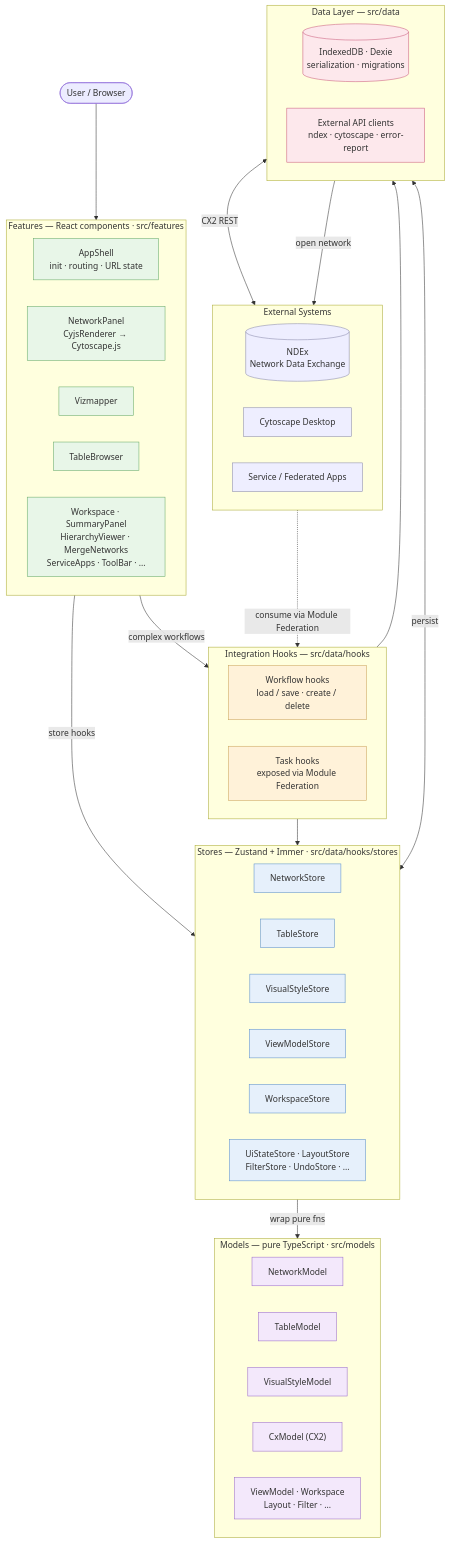
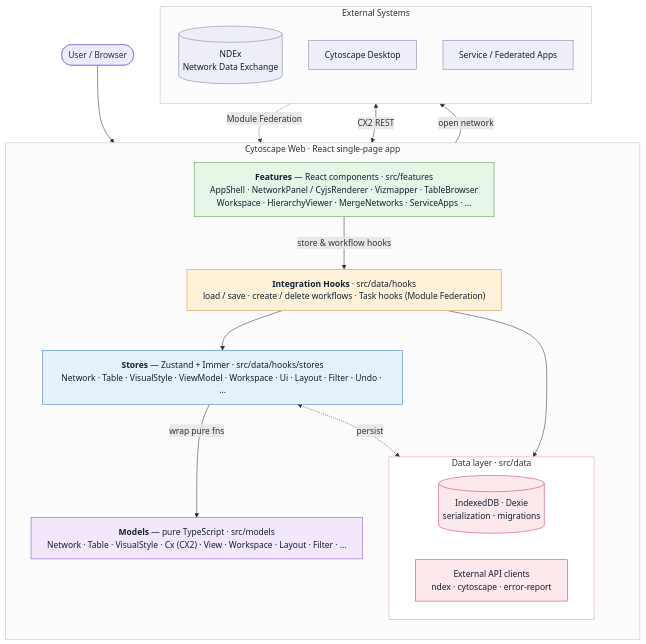
One commit to cytoscape/cytoscape-web changed the diagram in README.md. Above: the diagram before and after it, drawn with Mermaid.

Commit message:
better fig

````diff
--- a/README.md
+++ b/README.md
@@ -50,76 +50,52 @@
 ```mermaid
+%%{init: {"flowchart": {"wrappingWidth": 620, "curve": "basis"}}}%%
 flowchart TB
     User(["User / Browser"])
 
-    subgraph ext["External Systems"]
+    subgraph app["Cytoscape Web · React single-page app"]
+      direction TB
+      Features["<b>Features</b> — React components · src/features<br/>AppShell · NetworkPanel / CyjsRenderer · Vizmapper · TableBrowser<br/>Workspace · HierarchyViewer · MergeNetworks · ServiceApps · …"]
+      Hooks["<b>Integration Hooks</b> · src/data/hooks<br/>load / save · create / delete workflows · Task hooks (Module Federation)"]
+      Stores["<b>Stores</b> — Zustand + Immer · src/data/hooks/stores<br/>Network · Table · VisualStyle · ViewModel · Workspace · Ui · Layout · Filter · Undo · …"]
+      Models["<b>Models</b> — pure TypeScript · src/models<br/>Network · Table · VisualStyle · Cx (CX2) · View · Workspace · Layout · Filter · …"]
+      subgraph datalayer["Data layer · src/data"]
         direction LR
-        NDEx[("NDEx<br/>Network Data Exchange")]
-        CyDesktop["Cytoscape Desktop"]
-        FedApps["Service / Federated Apps"]
+        DB[("IndexedDB · Dexie<br/>serialization · migrations")]
+        ExtApi["External API clients<br/>ndex · cytoscape · error-report"]
+      end
     end
 
-    subgraph features["Features — React components · src/features"]
-        direction LR
-        AppShell["AppShell<br/>init · routing · URL state"]
-        NetworkPanel["NetworkPanel<br/>CyjsRenderer → Cytoscape.js"]
-        Vizmapper["Vizmapper"]
-        TableBrowser["TableBrowser"]
-        MoreFeat["Workspace · SummaryPanel<br/>HierarchyViewer · MergeNetworks<br/>ServiceApps · ToolBar · ..."]
+    subgraph ext["External Systems"]
+      direction TB
+      NDEx[("NDEx<br/>Network Data Exchange")]
+      CyDesktop["Cytoscape Desktop"]
+      FedApps["Service / Federated Apps"]
     end
 
-    subgraph hooks["Integration Hooks — src/data/hooks"]
-        direction LR
-        Workflow["Workflow hooks<br/>load / save · create / delete"]
-        TaskHooks["Task hooks<br/>exposed via Module Federation"]
-    end
+    User --> Features
+    Features -->|store & workflow hooks| Hooks
+    Hooks --> Stores
+    Stores -->|wrap pure fns| Models
+    Stores <-.->|persist| DB
+    Hooks --> ExtApi
+    ExtApi <-->|CX2 REST| NDEx
+    ExtApi -->|open network| CyDesktop
+    FedApps -.->|Module Federation| Hooks
 
-    subgraph stores["Stores — Zustand + Immer · src/data/hooks/stores"]
-        direction LR
-        NetworkStore["NetworkStore"]
-        TableStore["TableStore"]
-        VisualStyleStore["VisualStyleStore"]
-        ViewModelStore["ViewModelStore"]
-        WorkspaceStore["WorkspaceStore"]
-        MoreStores["UiStateStore · LayoutStore<br/>FilterStore · UndoStore · ..."]
-    end
+    classDef featCls fill:#e8f6e8,stroke:#4a9a4a,color:#123
+    classDef hookCls fill:#fff2d9,stroke:#c79a3a,color:#123
+    classDef storeCls fill:#e6f0fb,stroke:#3a78c7,color:#123
+    classDef modelCls fill:#f3e8fb,stroke:#8a4ac7,color:#123
+    classDef dataCls fill:#fde8ec,stroke:#c73a6a,color:#123
+    classDef extCls fill:#eeeef7,stroke:#7a7ab0,color:#123
 
-    subgraph models["Models — pure TypeScript · src/models"]
-        direction LR
-        NetworkModel["NetworkModel"]
-        TableModel["TableModel"]
-        VisualStyleModel["VisualStyleModel"]
-        CxModel["CxModel (CX2)"]
-        MoreModels["ViewModel · Workspace<br/>Layout · Filter · ..."]
-    end
-
-    subgraph datalayer["Data Layer — src/data"]
-        direction LR
-        DB[("IndexedDB · Dexie<br/>serialization · migrations")]
-        ExtApiClients["External API clients<br/>ndex · cytoscape · error-report"]
-    end
-
-    User --> features
-    features -->|store hooks| stores
-    features -->|complex workflows| hooks
-    hooks --> stores
-    hooks --> ExtApiClients
-    stores -->|wrap pure fns| models
-    stores <-->|persist| DB
-    ExtApiClients <-->|CX2 REST| NDEx
-    ExtApiClients -->|open network| CyDesktop
-    FedApps -.->|consume via Module Federation| TaskHooks
-
-    classDef extCls fill:#eef,stroke:#88a
-    classDef featCls fill:#e8f6e8,stroke:#6a6
-    classDef hookCls fill:#fff2d9,stroke:#caa25a
-    classDef storeCls fill:#e6f0fb,stroke:#5a8fca
-    classDef modelCls fill:#f3e8fb,stroke:#9a6aca
-    classDef dataCls fill:#fde8ec,stroke:#ca5a7a
-
+    class Features featCls
+    class Hooks hookCls
+    class Stores storeCls
+    class Models modelCls
+    class DB,ExtApi dataCls
     class NDEx,CyDesktop,FedApps extCls
-    class AppShell,NetworkPanel,Vizmapper,TableBrowser,MoreFeat featCls
-    class Workflow,TaskHooks hookCls
-    class NetworkStore,TableStore,VisualStyleStore,ViewModelStore,WorkspaceStore,MoreStores storeCls
-    class NetworkModel,TableModel,VisualStyleModel,CxModel,MoreModels modelCls
-    class DB,ExtApiClients dataCls
+    style app fill:#fcfcfd,stroke:#c0c0cc
+    style datalayer fill:#ffffff,stroke:#d8a0b0
+    style ext fill:#fcfcfd,stroke:#c0c0cc
 ```
````
